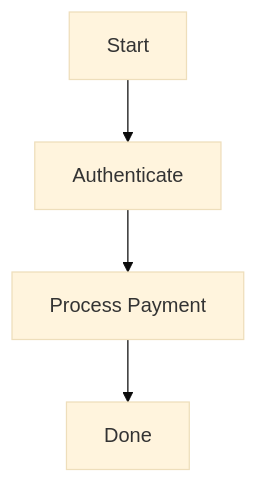
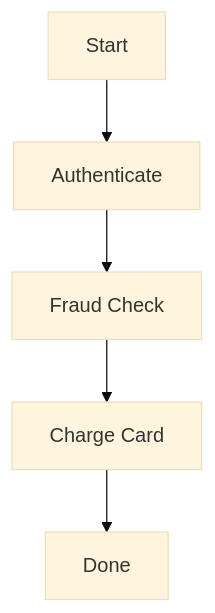
Before and after one commit to rubenmango/mermaid-bot-sandbox: the diagram in payments.mmd, drawn with Mermaid (base theme). The commit also changed 1 other file, not shown here.

Commit message:
Regenerate diagrams from source
Mermaid-Sync: regenerated
Mermaid-Sync-PR: #482
Mermaid-Sync-PR-Title: Add fraud check to payment flow
Mermaid-Sync-Reason: Source changed in payments and onboarding modules

```diff
--- a/payments.mmd
+++ b/payments.mmd
@@ -1,4 +1,5 @@
 flowchart TD
     Start[Start] --> Auth[Authenticate]
-    Auth --> Pay[Process Payment]
+    Auth --> Fraud[Fraud Check]
+    Fraud --> Pay[Charge Card]
     Pay --> Done[Done]
```
